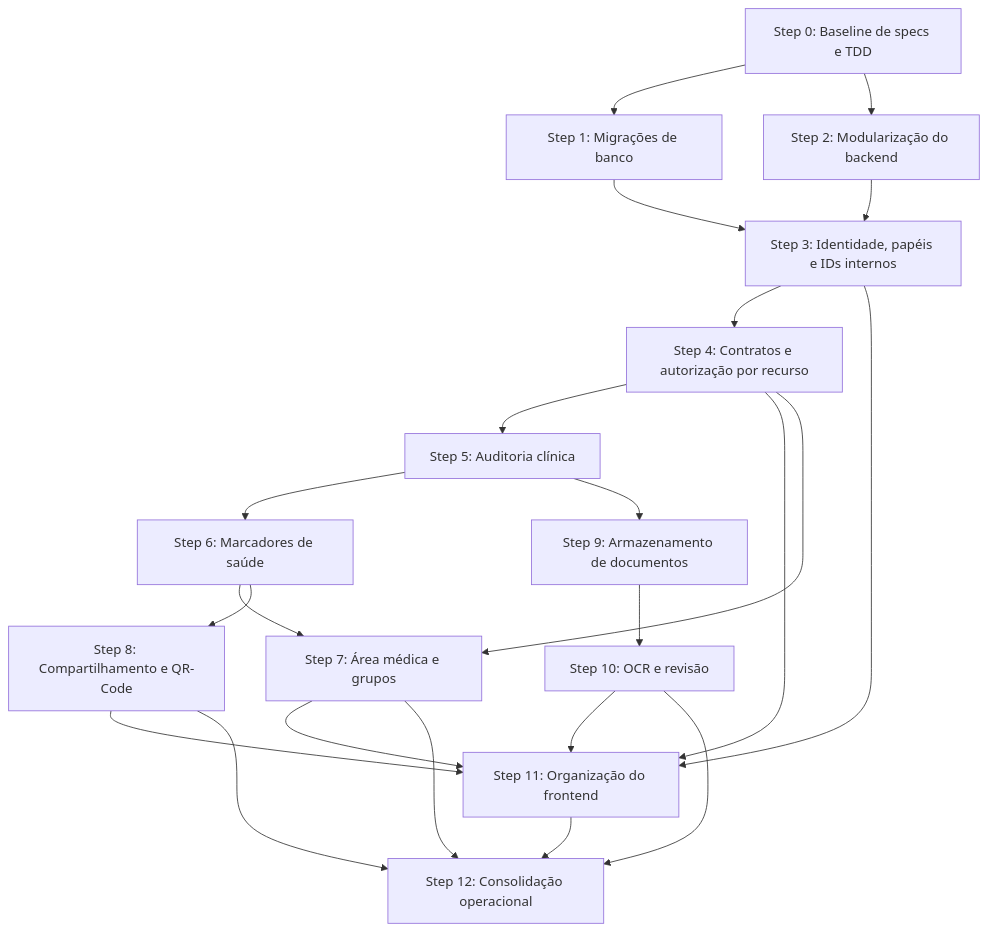
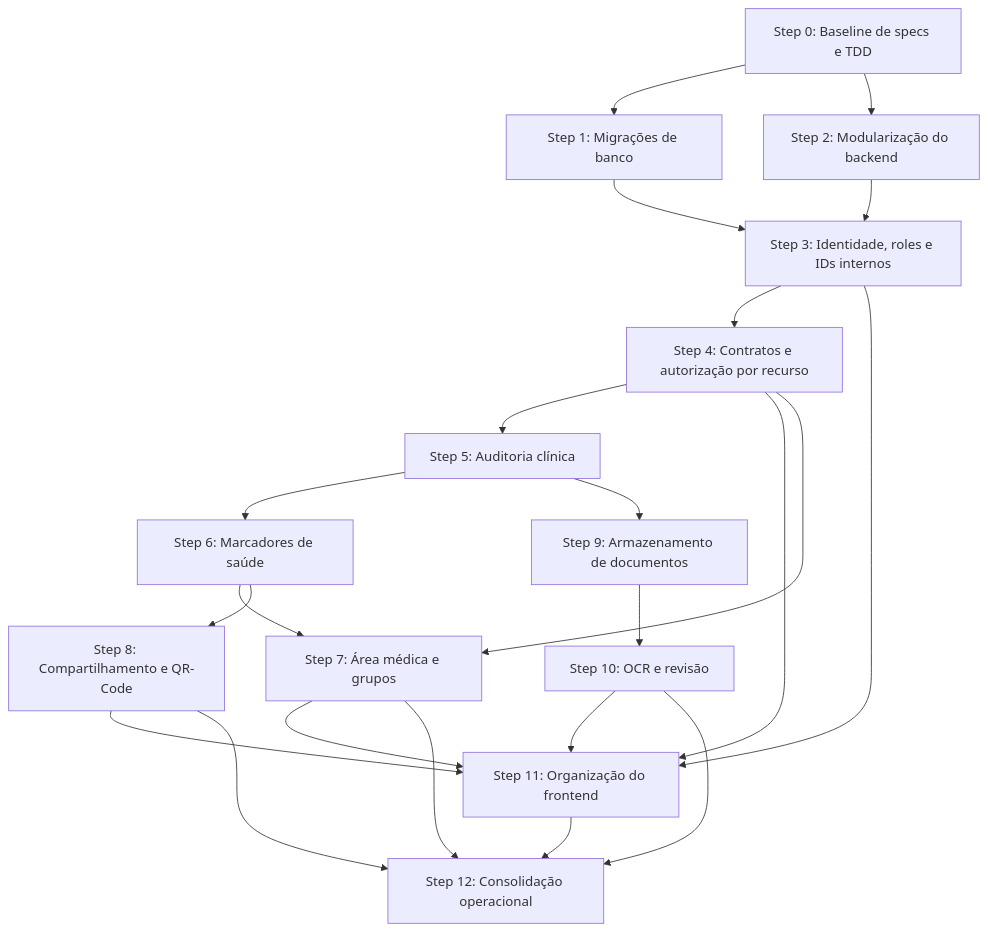
The diagram in docs/architecture-evolution-plan.md (PedronSol/Documento-Unificado-De-Saude), drawn with Mermaid before and after one commit. The commit also changed other lines of this file and 3 other files, not shown here.

Commit message:
docs(step-3): approve identity roles frontend spec

````diff
--- a/docs/architecture-evolution-plan.md
+++ b/docs/architecture-evolution-plan.md
@@ -110,38 +110,38 @@
 ```mermaid
 flowchart TD
     S0[Step 0: Baseline de specs e TDD]
     S1[Step 1: Migrações de banco]
     S2[Step 2: Modularização do backend]
-    S3[Step 3: Identidade, papéis e IDs internos]
+    S3[Step 3: Identidade, roles e IDs internos]
     S4[Step 4: Contratos e autorização por recurso]
     S5[Step 5: Auditoria clínica]
     S6[Step 6: Marcadores de saúde]
     S7[Step 7: Área médica e grupos]
     S8[Step 8: Compartilhamento e QR-Code]
     S9[Step 9: Armazenamento de documentos]
     S10[Step 10: OCR e revisão]
     S11[Step 11: Organização do frontend]
     S12[Step 12: Consolidação operacional]
 
     S0 --> S1
     S0 --> S2
     S1 --> S3
     S2 --> S3
     S3 --> S4
     S3 --> S11
     S4 --> S5
     S4 --> S11
     S5 --> S6
     S5 --> S9
     S6 --> S7
     S6 --> S8
     S4 --> S7
     S9 --> S10
     S7 --> S11
     S8 --> S11
     S10 --> S11
     S7 --> S12
     S8 --> S12
     S10 --> S12
     S11 --> S12
 ```
````
